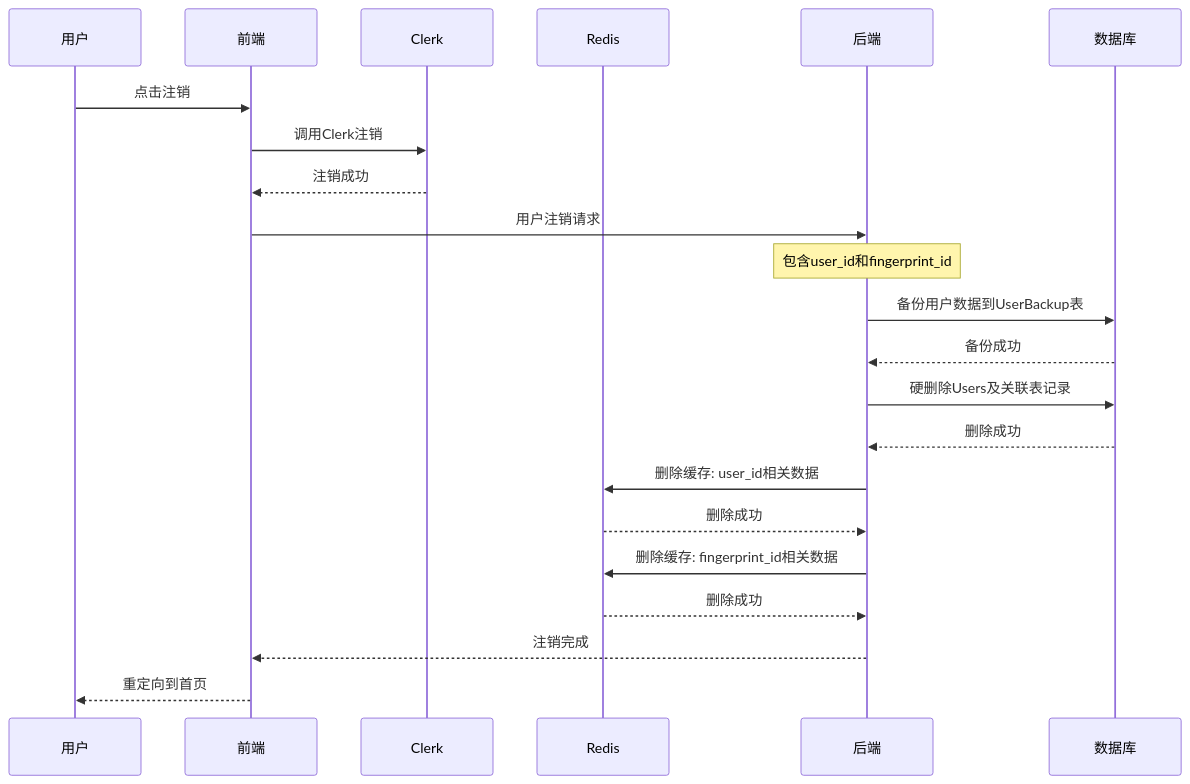
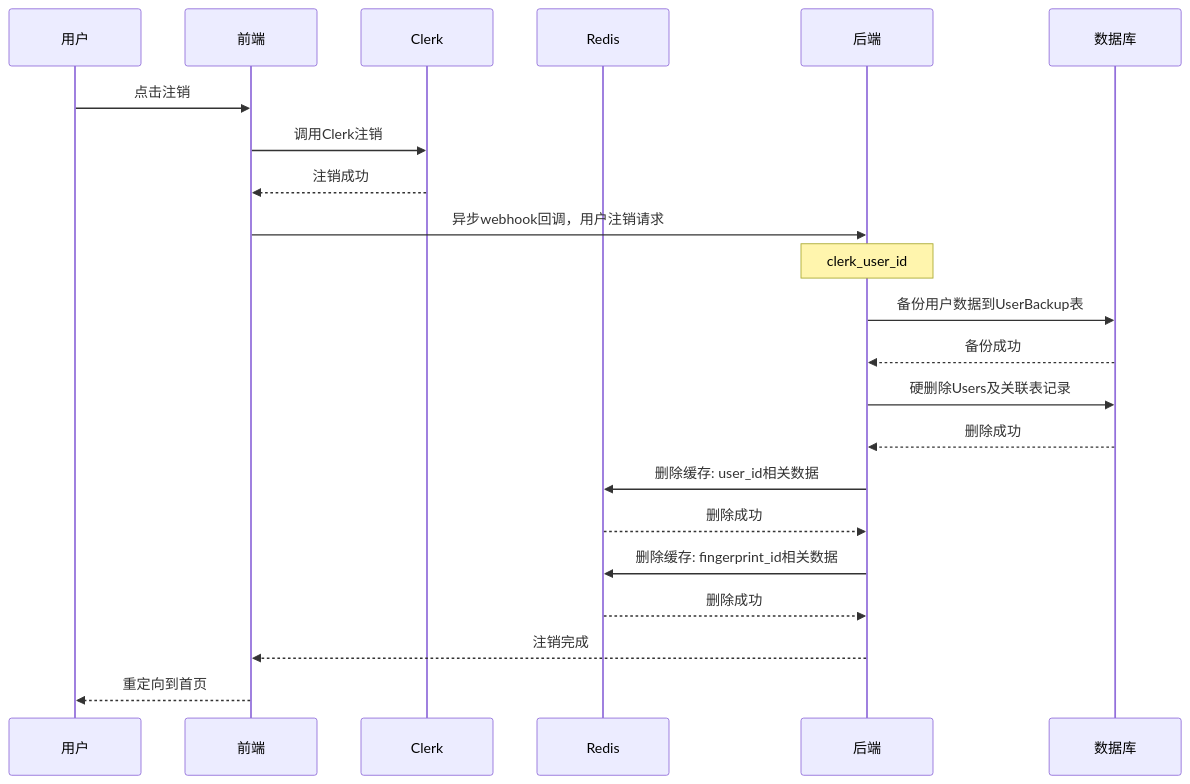
Before and after one commit to caofanCPU/diaomao: diagram 19 of 24 in docs/paid-design-v1.0.md, drawn with Mermaid. The commit also changed other lines of this file and 20 other files, not shown here.

````diff
--- a/docs/paid-design-v1.0.md
+++ b/docs/paid-design-v1.0.md
@@ -1498,31 +1503,31 @@
 ```mermaid
 sequenceDiagram
     participant U as 用户
     participant F as 前端
     participant C as Clerk
     participant R as Redis
     participant B as 后端
     participant DB as 数据库
 
     U->>F: 点击注销
     F->>C: 调用Clerk注销
     C-->>F: 注销成功
     
-    F->>B: 用户注销请求
-    Note over B: 包含user_id和fingerprint_id
+    F->>B: 异步webhook回调，用户注销请求
+    Note over B: clerk_user_id
     
     B->>DB: 备份用户数据到UserBackup表
     DB-->>B: 备份成功
     
     B->>DB: 硬删除Users及关联表记录
     DB-->>B: 删除成功
     
     B->>R: 删除缓存: user_id相关数据
     R-->>B: 删除成功
     
     B->>R: 删除缓存: fingerprint_id相关数据
     R-->>B: 删除成功
     
     B-->>F: 注销完成
     F-->>U: 重定向到首页
 ```
````
